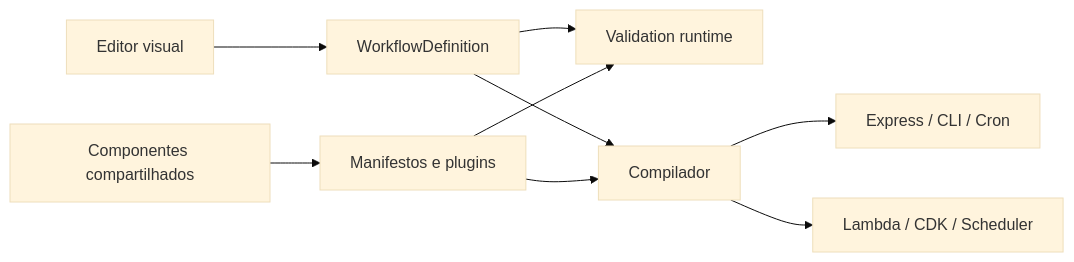
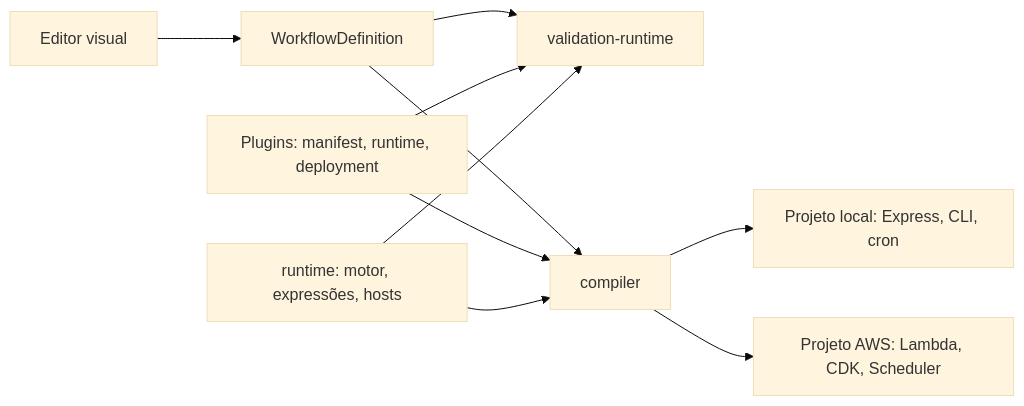
Before and after one commit to juanfariasdev/RunFlux: the diagram in docs/architecture.md, drawn with Mermaid (base theme). The commit also changed other lines of this file and 275 other files, not shown here.

First line of the commit message:
refactor: run plugins through the shared runtime and compile workflows to data

````diff
--- a/docs/architecture.md
+++ b/docs/architecture.md
@@ -5,11 +5,12 @@
 ```mermaid
 flowchart LR
   Editor[Editor visual] --> Modelo[WorkflowDefinition]
-  Modelo --> Validacao[Validation runtime]
-  Modelo --> Compilador[Compilador]
-  Plugins[Manifestos e plugins] --> Validacao
+  Modelo --> Validacao[validation-runtime]
+  Modelo --> Compilador[compiler]
+  Plugins[Plugins: manifest, runtime, deployment] --> Validacao
   Plugins --> Compilador
-  Compartilhados[Componentes compartilhados] --> Plugins
-  Compilador --> Local[Express / CLI / Cron]
-  Compilador --> AWS[Lambda / CDK / Scheduler]
+  Runtime[runtime: motor, expressões, hosts] --> Validacao
+  Runtime --> Compilador
+  Compilador --> Local[Projeto local: Express, CLI, cron]
+  Compilador --> AWS[Projeto AWS: Lambda, CDK, Scheduler]
 ```
````
